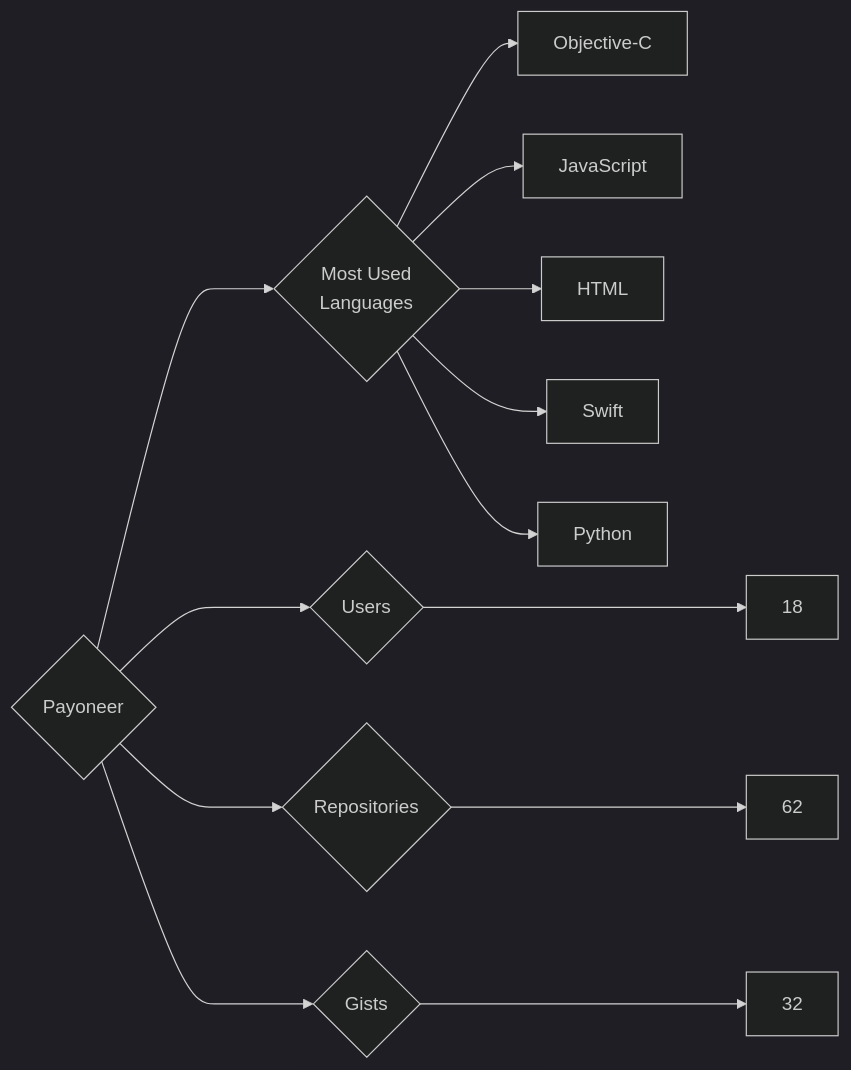
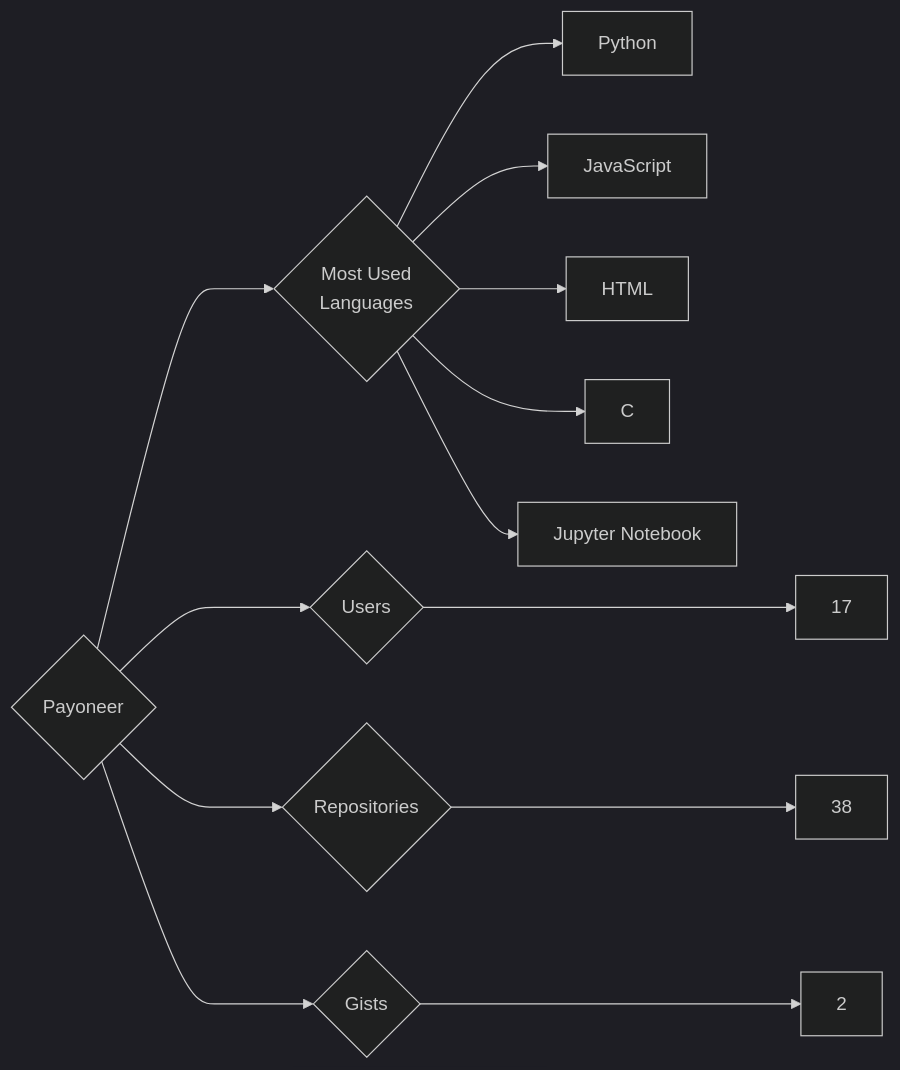
The diagram in targets/Payoneer/README.md (trickest/insiders), drawn with Mermaid (dark theme) before and after one commit. The commit also changed 995 other files, not shown here.

````diff
--- a/targets/Payoneer/README.md
+++ b/targets/Payoneer/README.md
@@ -3,13 +3,13 @@
 ```mermaid
 graph LR
 COMPANY_NAME{Payoneer}
-COMPANY_NAME ---> U{Users} ---> UN[18]
-COMPANY_NAME ---> R{Repositories} ---> RN[62]
-COMPANY_NAME ---> G{Gists} ---> GN[32]
+COMPANY_NAME ---> U{Users} ---> UN[17]
+COMPANY_NAME ---> R{Repositories} ---> RN[38]
+COMPANY_NAME ---> G{Gists} ---> GN[2]
 COMPANY_NAME ---> ML{Most Used<br>Languages}
-ML --> Objective-C[Objective-C]
+ML --> Python[Python]
 ML --> JavaScript[JavaScript]
 ML --> HTML[HTML]
-ML --> Swift[Swift]
-ML --> Python[Python]
+ML --> C[C]
+ML --> Jupyter_Notebook[Jupyter Notebook]
 ```
````
